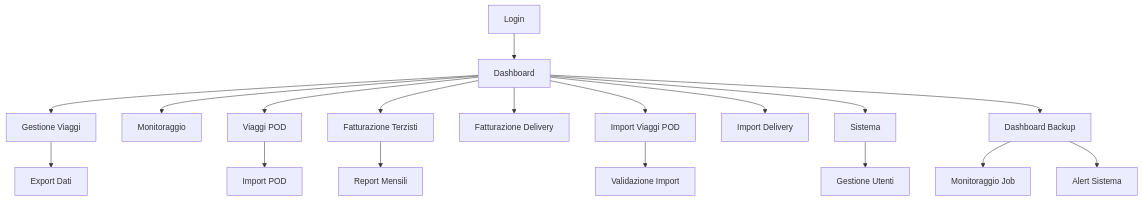
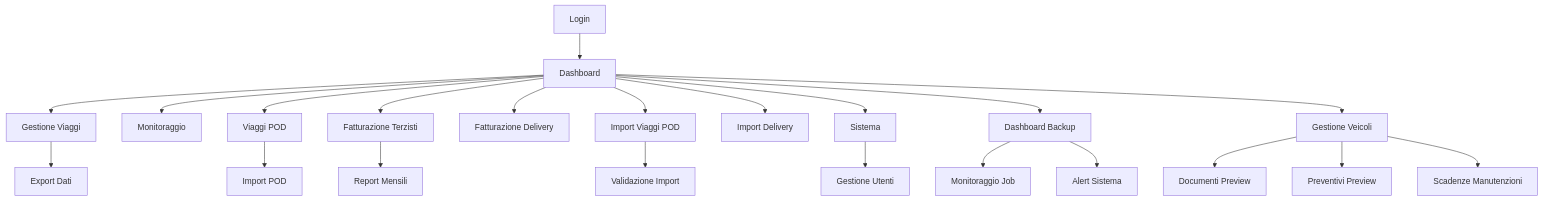
One commit to Xena75/Gestione-Partesa changed the diagram in .trae/documents/gestione_partesa_prd.md. Above: the diagram before and after it, drawn with Mermaid. The commit also changed other lines of this file and 24 other files, not shown here.

Commit message:
Deploy v2.24.0: Implementazione preview diretta documenti/preventivi, correzioni API critiche, pulizia progetto

````diff
--- a/.trae/documents/gestione_partesa_prd.md
+++ b/.trae/documents/gestione_partesa_prd.md
@@ -80,20 +86,24 @@
 ```mermaid
 graph TD
   A[Login] --> B[Dashboard]
   B --> C[Gestione Viaggi]
   B --> D[Monitoraggio]
   B --> E[Viaggi POD]
   B --> F[Fatturazione Terzisti]
   B --> G[Fatturazione Delivery]
   B --> H[Import Viaggi POD]
   B --> I[Import Delivery]
   B --> J[Sistema]
   B --> K[Dashboard Backup]
-  C --> L[Export Dati]
-  E --> M[Import POD]
-  F --> N[Report Mensili]
-  H --> O[Validazione Import]
-  J --> P[Gestione Utenti]
-  K --> Q[Monitoraggio Job]
-  K --> R[Alert Sistema]
+  B --> L[Gestione Veicoli]
+  C --> M[Export Dati]
+  E --> N[Import POD]
+  F --> O[Report Mensili]
+  H --> P[Validazione Import]
+  J --> Q[Gestione Utenti]
+  K --> R[Monitoraggio Job]
+  K --> S[Alert Sistema]
+  L --> T[Documenti Preview]
+  L --> U[Preventivi Preview]
+  L --> V[Scadenze Manutenzioni]
 ```
````
